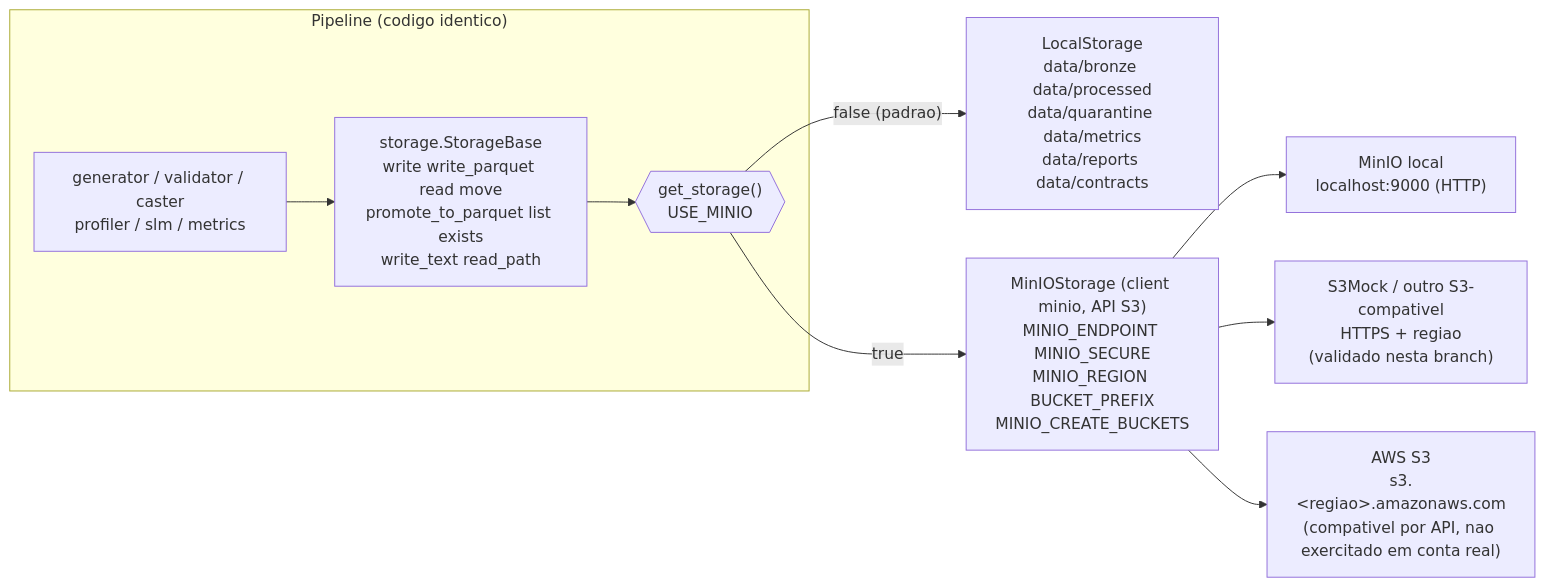
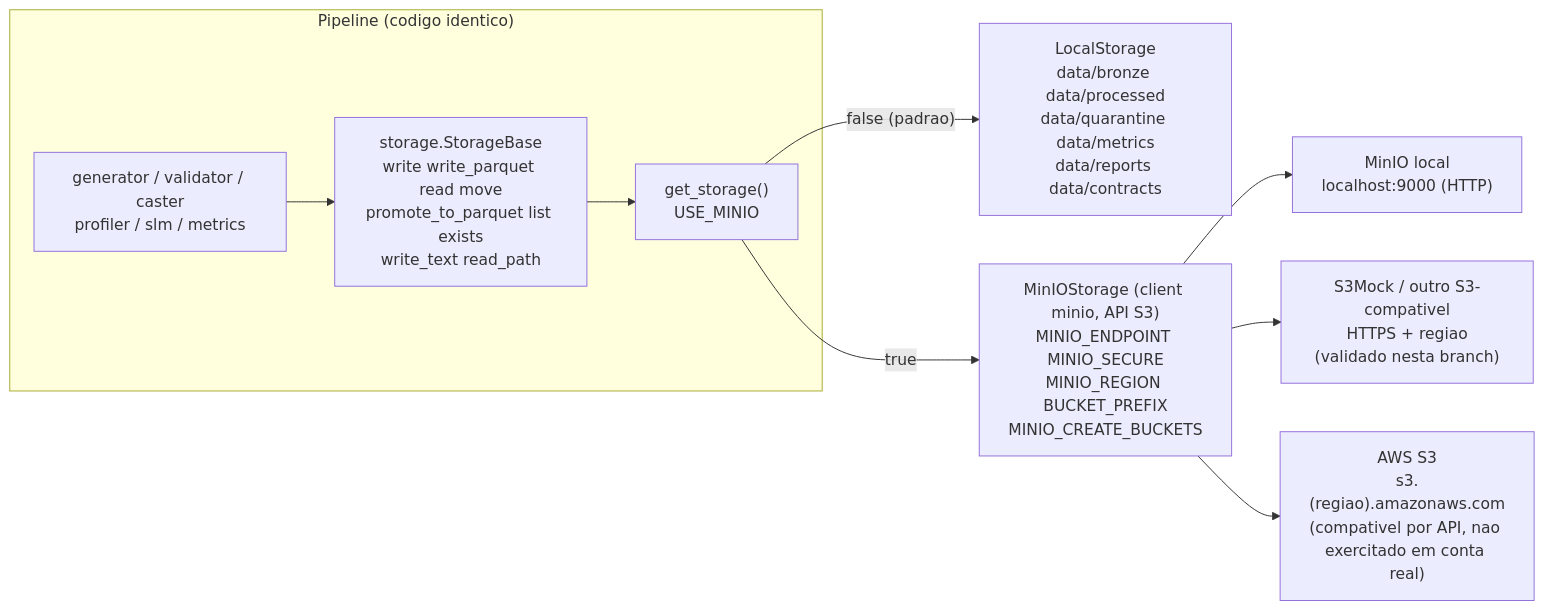
The third of 6 diagrams in README.md (Knnovar/data-masters-nimbus), drawn with Mermaid before and after one commit. The commit also changed other lines of this file and 20 other files, not shown here.

Commit message:
adicionada estrutura completa com oneclick copiando a .env.example para .env, estrutura para gerar chave de minio com openssl, alteracao nas hash para idempotencia no dat_ref, adicao de mascaramento do PII, adicao de nova camada para GRANT na execucao

````diff
--- a/README.md
+++ b/README.md
@@ -116,16 +116,16 @@
 ```mermaid
-flowchart LR
+graph LR
     subgraph APP["Pipeline (codigo identico)"]
         CORE["generator / validator / caster<br/>profiler / slm / metrics"]
         API["storage.StorageBase<br/>write write_parquet read move<br/>promote_to_parquet list exists<br/>write_text read_path"]
-        FAC{{"get_storage()<br/>USE_MINIO"}}
+        FAC["get_storage()<br/>USE_MINIO"]
         CORE --> API --> FAC
     end
 
     FAC -- "false (padrao)" --> LOC["LocalStorage<br/>data/bronze data/processed<br/>data/quarantine data/metrics<br/>data/reports data/contracts"]
     FAC -- "true" --> MIO["MinIOStorage (client minio, API S3)<br/>MINIO_ENDPOINT MINIO_SECURE<br/>MINIO_REGION BUCKET_PREFIX<br/>MINIO_CREATE_BUCKETS"]
 
     MIO --> B1["MinIO local<br/>localhost:9000 (HTTP)"]
     MIO --> B2["S3Mock / outro S3-compativel<br/>HTTPS + regiao<br/>(validado nesta branch)"]
-    MIO --> B3["AWS S3<br/>s3.&lt;regiao&gt;.amazonaws.com<br/>(compativel por API, nao exercitado em conta real)"]
+    MIO --> B3["AWS S3<br/>s3.(regiao).amazonaws.com<br/>(compativel por API, nao exercitado em conta real)"]
 ```
````
